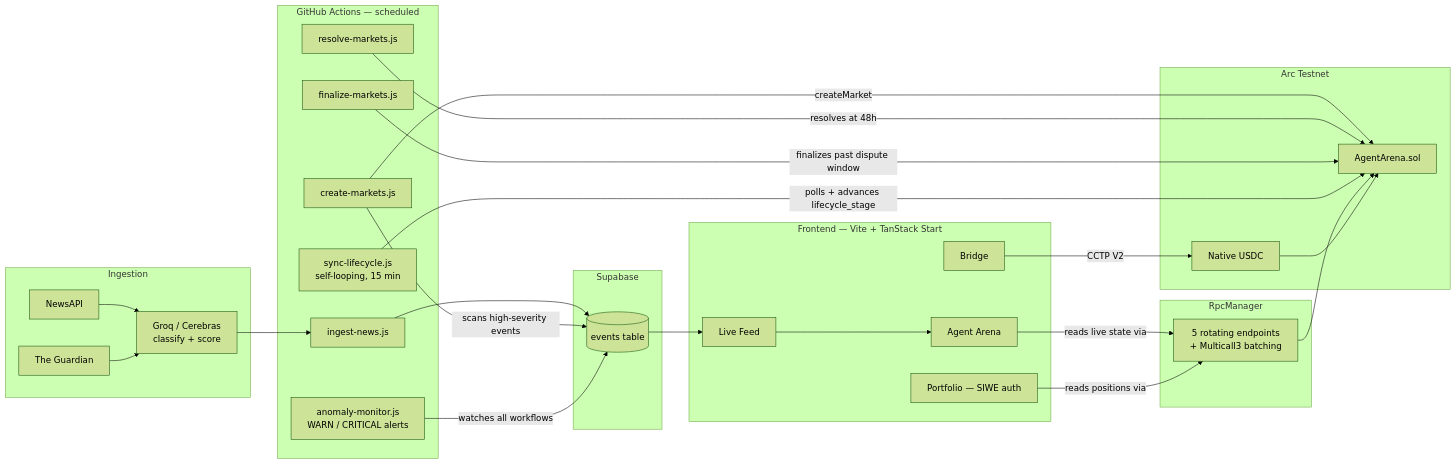
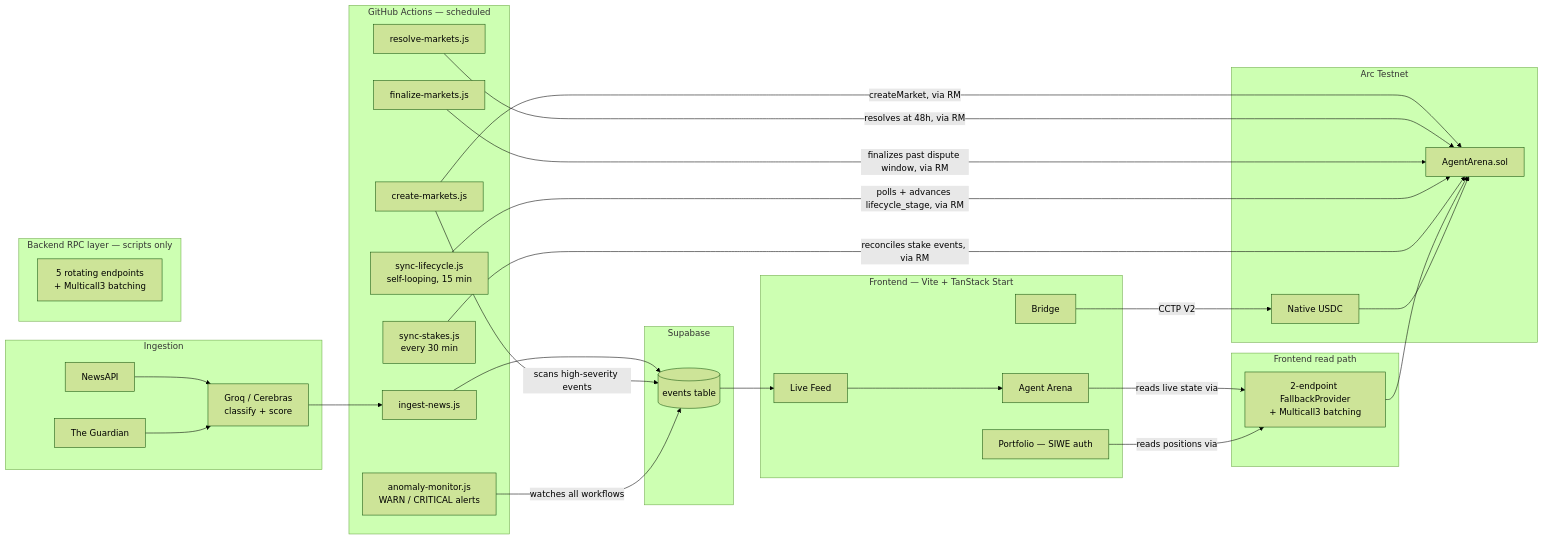
Before and after one commit to blocknine0/geomacro: the first of 5 diagrams in README.md, drawn with Mermaid (forest theme). The commit also changed other lines of this file, not shown here.

````diff
--- a/README.md
+++ b/README.md
@@ -53,54 +53,60 @@
 ```mermaid
 flowchart LR
     subgraph ingestion[Ingestion]
         NA[NewsAPI]
         GD[The Guardian]
         GR[Groq / Cerebras<br/>classify + score]
     end
 
     subgraph automation[GitHub Actions — scheduled]
         ING[ingest-news.js]
         CRE[create-markets.js]
         RES[resolve-markets.js]
         FIN[finalize-markets.js]
         SYNC[sync-lifecycle.js<br/>self-looping, 15 min]
+        STK[sync-stakes.js<br/>every 30 min]
         MON[anomaly-monitor.js<br/>WARN / CRITICAL alerts]
     end
 
     subgraph data[Supabase]
         DB[(events table)]
     end
 
     subgraph client[Frontend — Vite + TanStack Start]
         FEED[Live Feed]
         ARENA[Agent Arena]
         BRIDGE[Bridge]
         PORT[Portfolio — SIWE auth]
     end
 
-    subgraph rpc[RpcManager]
+    subgraph rpc[Backend RPC layer — scripts only]
         RM[5 rotating endpoints<br/>+ Multicall3 batching]
+    end
+
+    subgraph clientrpc[Frontend read path]
+        FRPC[2-endpoint FallbackProvider<br/>+ Multicall3 batching]
     end
 
     subgraph chain[Arc Testnet]
         CT[AgentArena.sol]
         USDC[Native USDC]
     end
 
     NA --> GR --> ING
     GD --> GR
     ING --> DB
     DB --> FEED
     CRE -->|scans high-severity events| DB
-    CRE -->|createMarket| CT
-    RES -->|resolves at 48h| CT
-    FIN -->|finalizes past dispute window| CT
-    SYNC -->|polls + advances lifecycle_stage| CT
+    CRE -->|createMarket, via RM| CT
+    RES -->|resolves at 48h, via RM| CT
+    FIN -->|finalizes past dispute window, via RM| CT
+    SYNC -->|polls + advances lifecycle_stage, via RM| CT
+    STK -->|reconciles stake events, via RM| CT
     MON -->|watches all workflows| DB
-    ARENA -->|reads live state via| RM
-    RM --> CT
+    ARENA -->|reads live state via| FRPC
+    FRPC --> CT
     FEED --> ARENA
     BRIDGE -->|CCTP V2| USDC
-    PORT -->|reads positions via| RM
+    PORT -->|reads positions via| FRPC
     USDC --> CT
 ```
````
